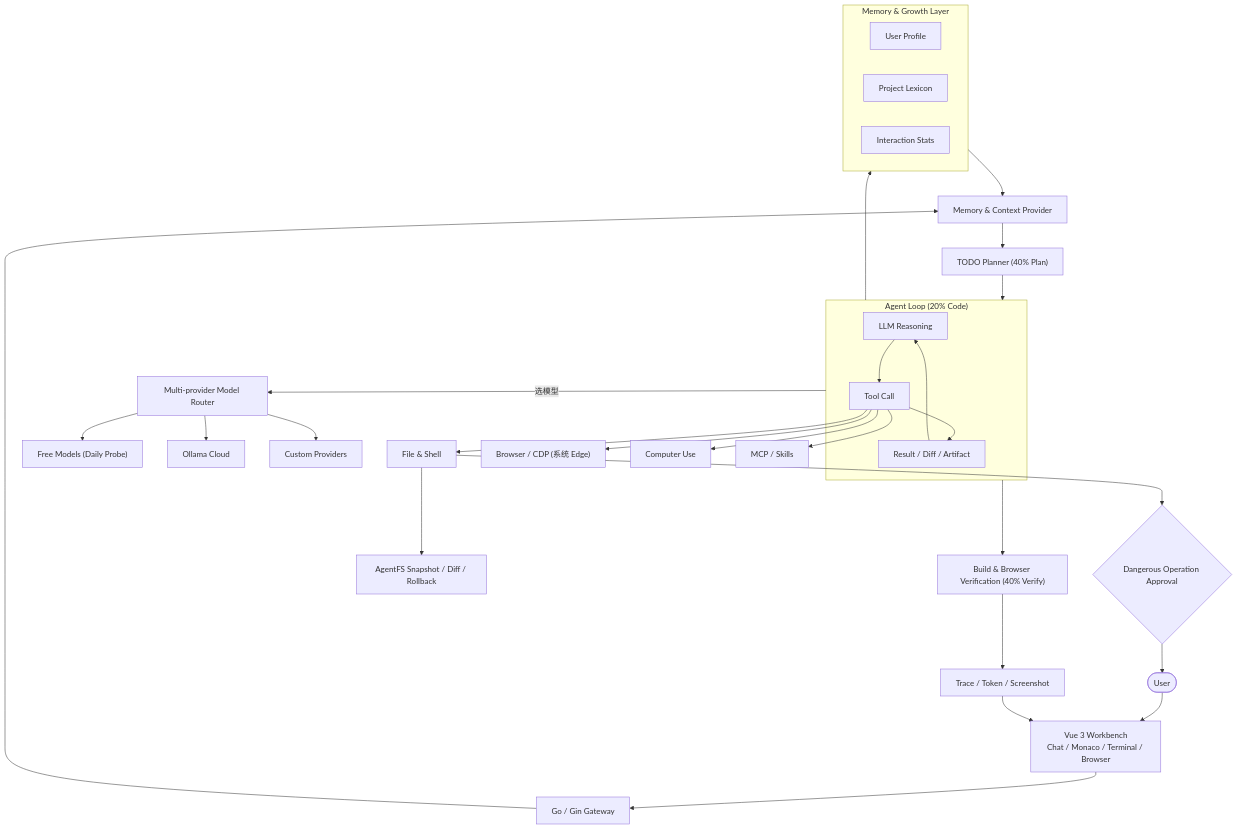
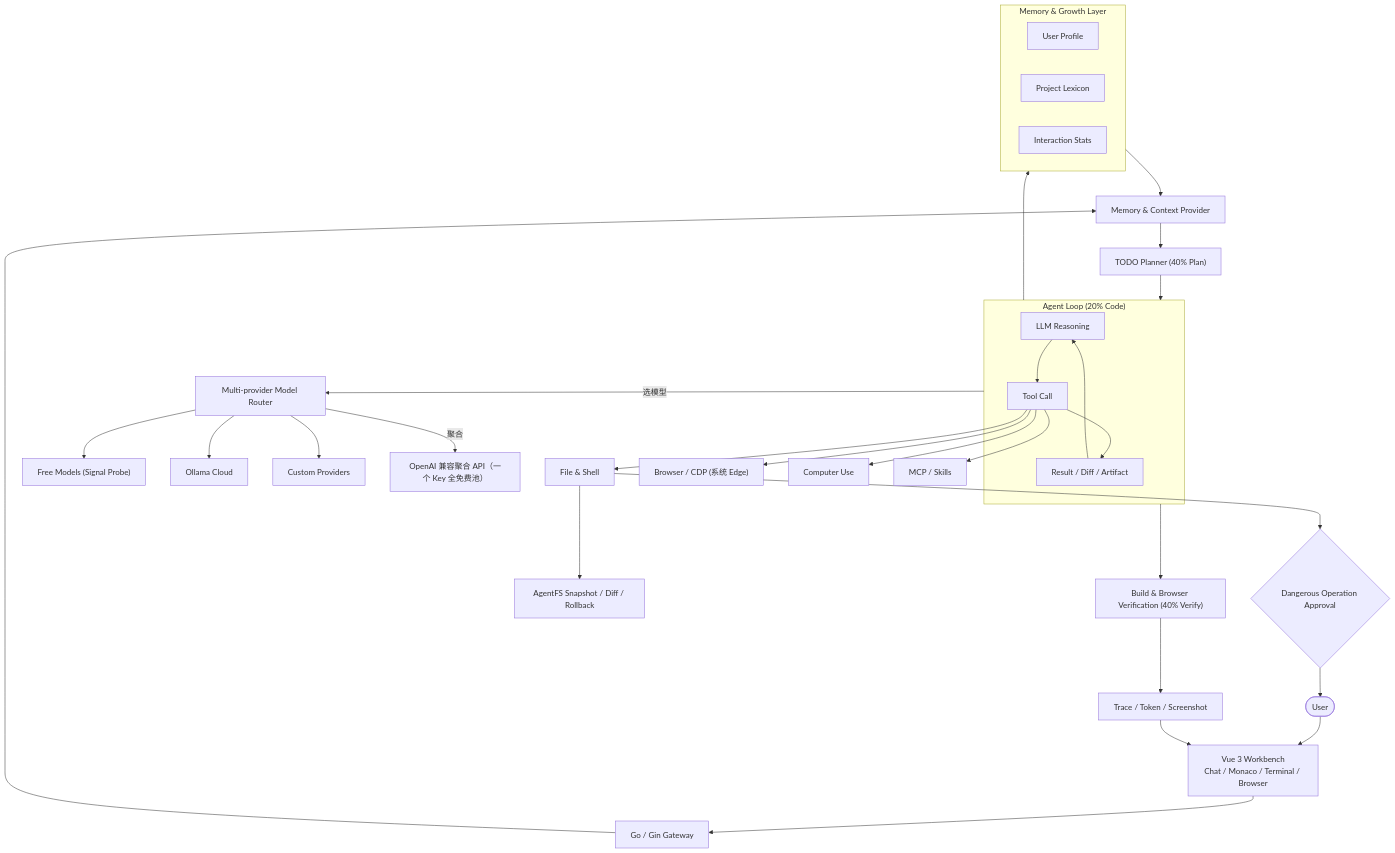
The diagram in README.md (3478556810/re0), drawn with Mermaid before and after one commit. The commit also changed other lines of this file and 14 other files, not shown here.

````diff
--- a/README.md
+++ b/README.md
@@ -89,40 +112,41 @@
 ```mermaid
 flowchart TB
     User([User]) --> UI["Vue 3 Workbench<br/>Chat / Monaco / Terminal / Browser"]
     UI --> Gateway["Go / Gin Gateway"]
     Gateway --> Context["Memory & Context Provider"]
     Context --> Planner["TODO Planner (40% Plan)"]
     Planner --> AgentLoop
 
     subgraph AgentLoop ["Agent Loop (20% Code)"]
         LLM["LLM Reasoning"] --> ToolCall["Tool Call"]
         ToolCall --> ToolResult["Result / Diff / Artifact"]
         ToolResult --> LLM
     end
 
     AgentLoop --> Verify["Build & Browser Verification (40% Verify)"]
     Verify --> Trace["Trace / Token / Screenshot"]
     Trace --> UI
 
     AgentLoop -->|选模型| Router["Multi-provider Model Router"]
-    Router --> Free["Free Models (Daily Probe)"]
+    Router --> Free["Free Models (Signal Probe)"]
     Router --> Local["Ollama Cloud"]
     Router --> Private["Custom Providers"]
+    Router -->|聚合| AggAPI["OpenAI 兼容聚合 API（一个 Key 全免费池）"]
 
     ToolCall --> Files["File & Shell"]
     ToolCall --> Browser["Browser / CDP (系统 Edge)"]
     ToolCall --> Computer["Computer Use"]
     ToolCall --> Extensions["MCP / Skills"]
 
     Files --> AgentFS["AgentFS Snapshot / Diff / Rollback"]
     Files --> Gate{"Dangerous Operation Approval"}
     Gate --> User
 
     subgraph Growth ["Memory & Growth Layer"]
         Profile["User Profile"]
         Lexicon["Project Lexicon"]
         Stats["Interaction Stats"]
     end
     AgentLoop --> Growth
     Growth --> Context
 ```
````
